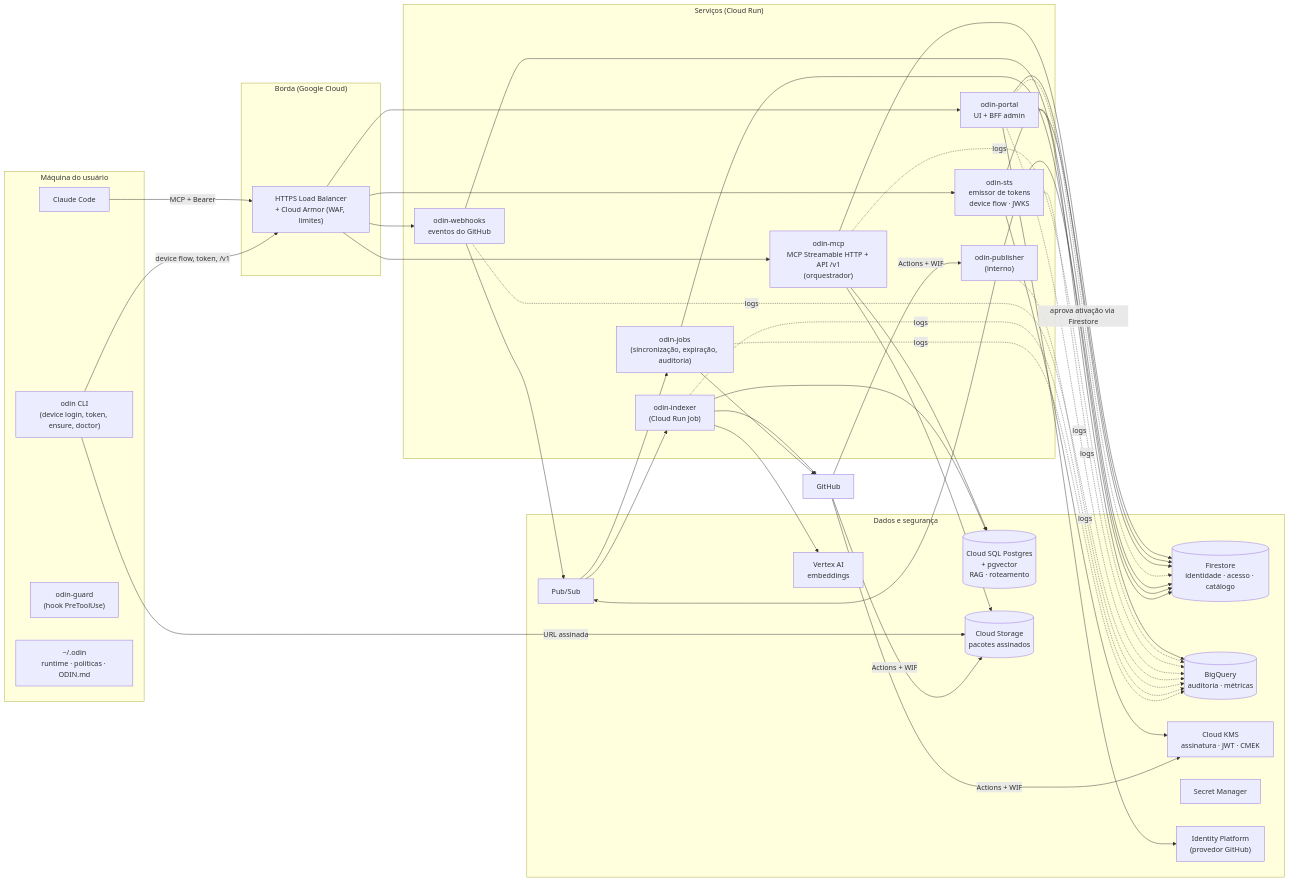
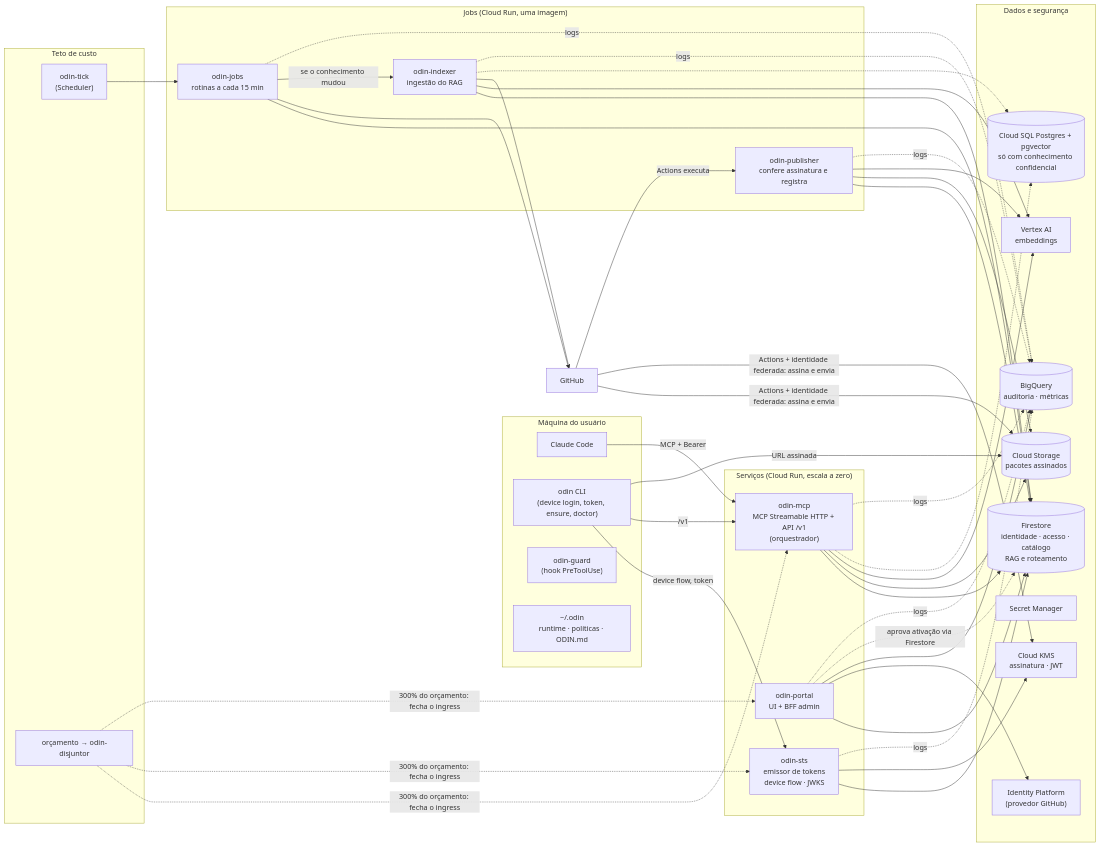
One commit to brunotrolo/Salesforce_Odin_MCP_Squad changed the second of 2 diagrams in docs/arquitetura/01-arquitetura-de-solucao.md. Above: the diagram before and after it, drawn with Mermaid. The commit also changed other lines of this file and 73 other files, not shown here.

First line of the commit message:
ADR 0018: arquitetura enxuta por estágios de custo, contratos em schema e governança

````diff
--- a/docs/arquitetura/01-arquitetura-de-solucao.md
+++ b/docs/arquitetura/01-arquitetura-de-solucao.md
@@ -66,54 +67,59 @@
 ```mermaid
 flowchart LR
   subgraph Maquina["Máquina do usuário"]
     CC["Claude Code"]
     CLI["odin CLI<br/>(device login, token, ensure, doctor)"]
     GRD["odin-guard<br/>(hook PreToolUse)"]
     RT["~/.odin<br/>runtime · políticas · ODIN.md"]
   end
 
-  subgraph Borda["Borda (Google Cloud)"]
-    LB["HTTPS Load Balancer<br/>+ Cloud Armor (WAF, limites)"]
-  end
-
-  subgraph Servicos["Serviços (Cloud Run)"]
+  subgraph Servicos["Serviços (Cloud Run, escala a zero)"]
     MCP["odin-mcp<br/>MCP Streamable HTTP + API /v1<br/>(orquestrador)"]
     STS["odin-sts<br/>emissor de tokens<br/>device flow · JWKS"]
     POR["odin-portal<br/>UI + BFF admin"]
-    WH["odin-webhooks<br/>eventos do GitHub"]
-    PUB["odin-publisher<br/>(interno)"]
-    IDX["odin-indexer<br/>(Cloud Run Job)"]
-    JOB["odin-jobs<br/>(sincronização, expiração, auditoria)"]
+  end
+
+  subgraph Jobs["Jobs (Cloud Run, uma imagem)"]
+    PUB["odin-publisher<br/>confere assinatura e registra"]
+    IDX["odin-indexer<br/>ingestão do RAG"]
+    JOB["odin-jobs<br/>rotinas a cada 15 min"]
   end
 
   subgraph Dados["Dados e segurança"]
-    FS[("Firestore<br/>identidade · acesso · catálogo")]
-    SQL[("Cloud SQL Postgres<br/>+ pgvector<br/>RAG · roteamento")]
+    FS[("Firestore<br/>identidade · acesso · catálogo<br/>RAG e roteamento")]
+    SQL[("Cloud SQL Postgres + pgvector<br/>só com conhecimento confidencial")]
     GCS[("Cloud Storage<br/>pacotes assinados")]
     BQ[("BigQuery<br/>auditoria · métricas")]
-    KMS["Cloud KMS<br/>assinatura · JWT · CMEK"]
+    KMS["Cloud KMS<br/>assinatura · JWT"]
     SM["Secret Manager"]
     IDP["Identity Platform<br/>(provedor GitHub)"]
-    PS["Pub/Sub"]
     VX["Vertex AI<br/>embeddings"]
+  end
+
+  subgraph Custo["Teto de custo"]
+    TICK["odin-tick<br/>(Scheduler)"]
+    DJ["orçamento → odin-disjuntor"]
   end
 
   GH["GitHub"]
 
-  CC -->|MCP + Bearer| LB
-  CLI -->|device flow, token, /v1| LB
-  LB --> MCP & STS & POR & WH
+  CC -->|MCP + Bearer| MCP
+  CLI -->|device flow, token| STS
+  CLI -->|/v1| MCP
   CLI -->|URL assinada| GCS
-  MCP --> FS & SQL & GCS
+  MCP --> FS & GCS & VX
+  MCP -.-> SQL
   STS --> FS & KMS
   POR --> FS & IDP & BQ
   POR -.->|aprova ativação via Firestore| FS
-  WH --> FS & PS
-  GH -->|Actions + WIF| PUB
-  GH -->|Actions + WIF| GCS & KMS
-  PUB --> FS & PS
-  PS --> IDX & JOB
-  IDX --> SQL & VX & GH
+  GH -->|Actions + identidade federada: assina e envia| GCS & KMS
+  GH -->|Actions executa| PUB
+  PUB --> FS & GCS & VX
+  TICK --> JOB
   JOB --> FS & GH
-  MCP & STS & POR & WH & PUB & IDX & JOB -.->|logs| BQ
+  JOB -->|se o conhecimento mudou| IDX
+  IDX --> FS & VX & GH
+  IDX -.-> SQL
+  DJ -.->|300% do orçamento: fecha o ingress| MCP & STS & POR
+  MCP & STS & POR & PUB & IDX & JOB -.->|logs| BQ
 ```
````
